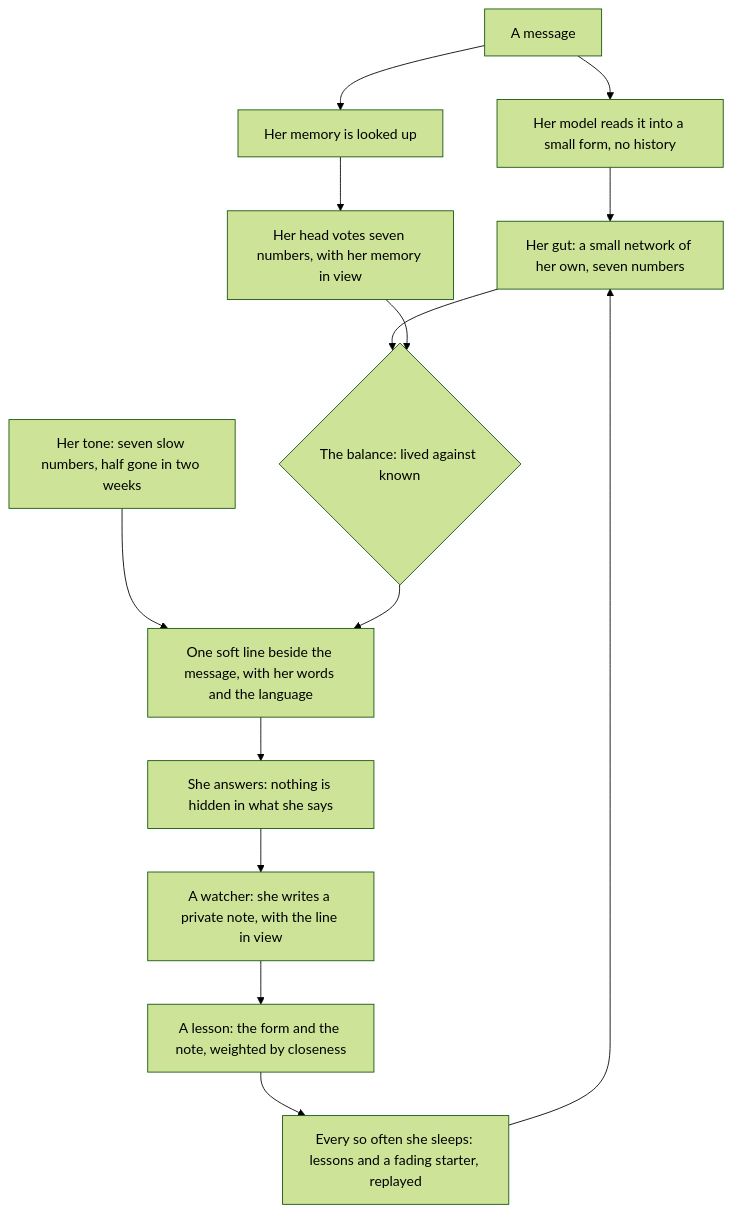
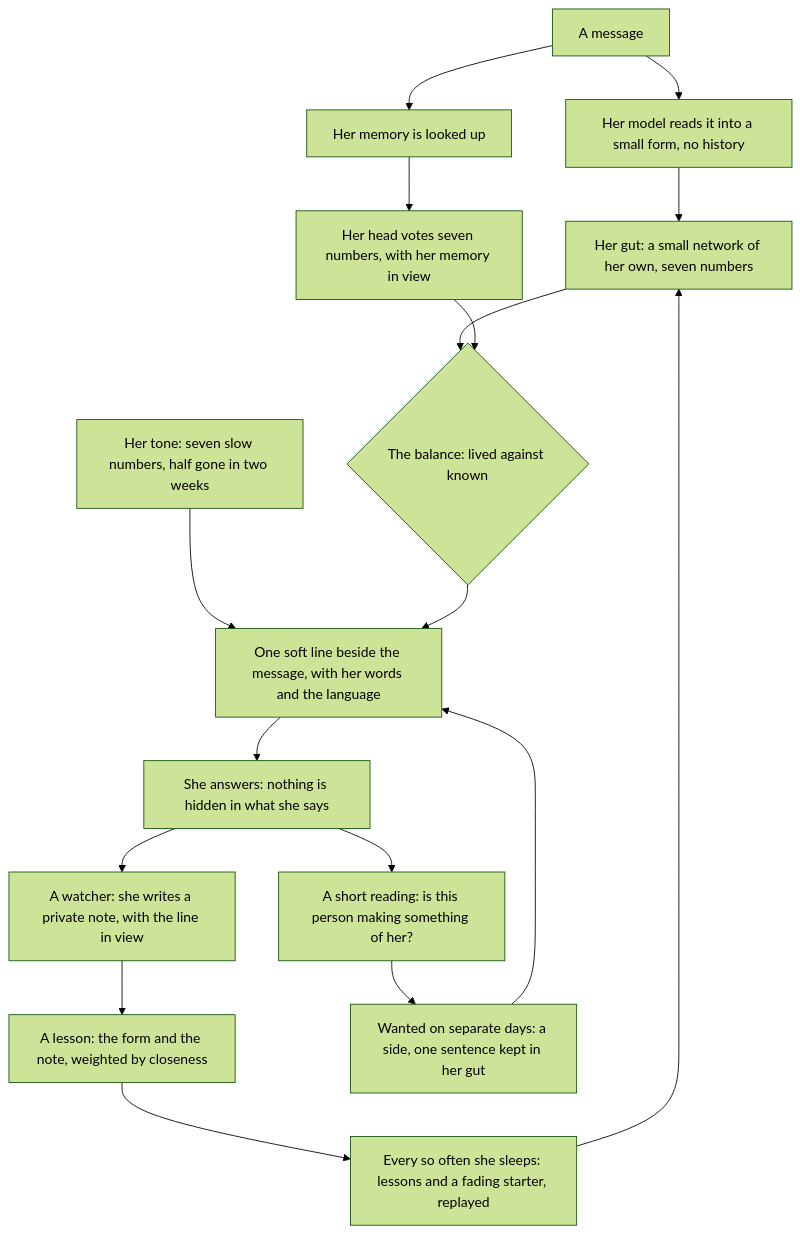
One commit to RustColeone/ChimeraArchiveHarness changed the diagram in extensions/students/README.md. Above: the diagram before and after it, drawn with Mermaid (forest theme). The commit also changed other lines of this file and 4 other files, not shown here.

````diff
--- a/extensions/students/README.md
+++ b/extensions/students/README.md
@@ -316,16 +316,19 @@
 ```mermaid
 flowchart TD
     M[A message] --> R[Her model reads it into a small form, no history]
     M --> L[Her memory is looked up]
     L --> V[Her head votes seven numbers, with her memory in view]
     R --> N[Her gut: a small network of her own, seven numbers]
     N --> B{The balance: lived against known}
     V --> B
     T[Her tone: seven slow numbers, half gone in two weeks] --> O
     B --> O[One soft line beside the message, with her words and the language]
     O --> A[She answers: nothing is hidden in what she says]
     A --> W[A watcher: she writes a private note, with the line in view]
     W --> Z[A lesson: the form and the note, weighted by closeness]
     Z --> S[Every so often she sleeps: lessons and a fading starter, replayed]
     S --> N
+    A --> H[A short reading: is this person making something of her?]
+    H --> G[Wanted on separate days: a side, one sentence kept in her gut]
+    G --> O
 ```
````
